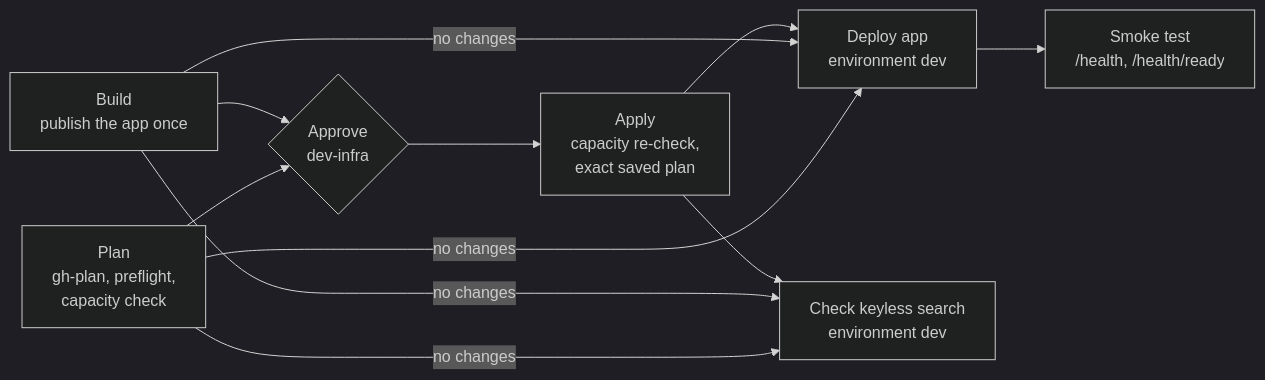
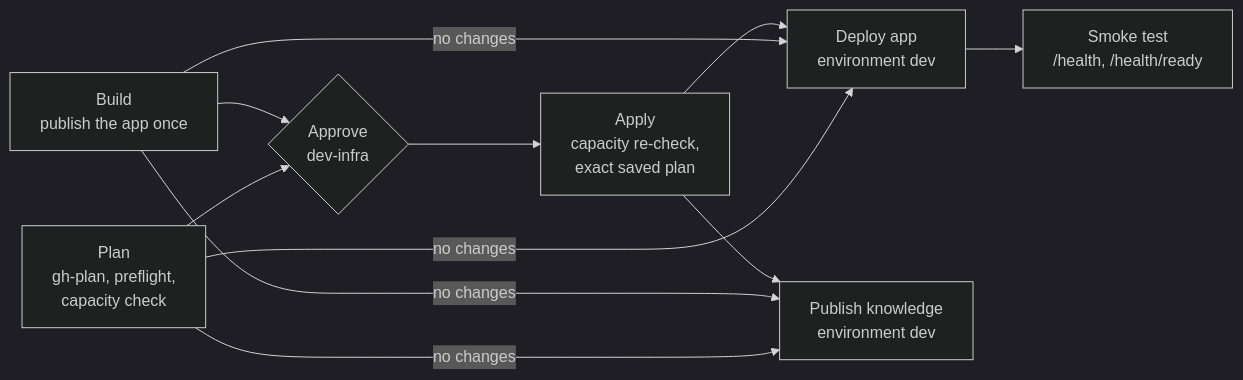
The first of 2 diagrams in docs/Deployment.md (ankurparekh1988/payment-ops-investigation-agent), drawn with Mermaid (dark theme) before and after one commit. The commit also changed other lines of this file and 50 other files, not shown here.

First line of the commit message:
feat: publish the knowledge corpus to a keyless search index (#16)

````diff
--- a/docs/Deployment.md
+++ b/docs/Deployment.md
@@ -195,13 +195,13 @@
 ```mermaid
 flowchart LR
   B["Build<br/>publish the app once"] --> A
   P["Plan<br/>gh-plan, preflight,<br/>capacity check"] --> A{"Approve<br/>dev-infra"}
   A --> AP["Apply<br/>capacity re-check,<br/>exact saved plan"]
   AP --> D["Deploy app<br/>environment dev"]
   B -->|no changes| D
   P -->|no changes| D
   D --> S["Smoke test<br/>/health, /health/ready"]
-  AP --> K["Check keyless search<br/>environment dev"]
+  AP --> K["Publish knowledge<br/>environment dev"]
   B -->|no changes| K
   P -->|no changes| K
 ```
````
